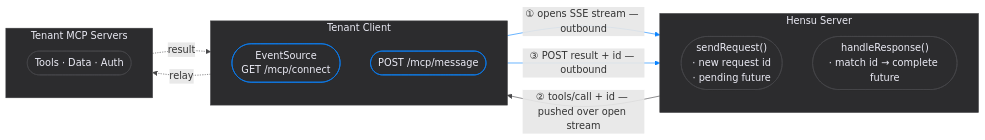
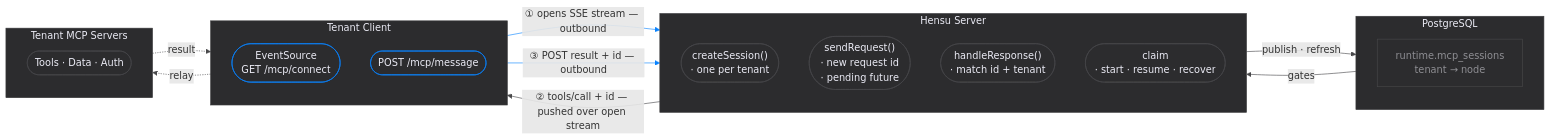
Before and after one commit to hensu-project/hensu: the second of 9 diagrams in docs/unified-architecture.md, drawn with Mermaid. The commit also changed other lines of this file and 34 other files, not shown here.

````diff
--- a/docs/unified-architecture.md
+++ b/docs/unified-architecture.md
@@ -128,37 +129,50 @@
 ```mermaid
 flowchart LR
     subgraph client["Tenant Client"]
         direction TB
         es(["EventSource\nGET /mcp/connect"])
         post(["POST /mcp/message"])
     end
 
     subgraph server["Hensu Server"]
         direction TB
+        register(["createSession()\n· one per tenant"])
         send(["sendRequest()\n· new request id\n· pending future"])
-        handle(["handleResponse()\n· match id → complete future"])
+        handle(["handleResponse()\n· match id + tenant"])
+        claim(["claim\n· start · resume · recover"])
+    end
+
+    subgraph db["PostgreSQL"]
+        direction TB
+        sessions["runtime.mcp_sessions\ntenant → node"]
     end
 
     subgraph backends["Tenant MCP Servers"]
         direction TB
         tools(["Tools · Data · Auth"])
     end
 
-    es -->|"① opens SSE stream — outbound"| send
+    es -->|"① opens SSE stream — outbound"| register
     send -->|"② tools/call + id — pushed over open stream"| es
     post -->|"③ POST result + id — outbound"| handle
     es -.->|"relay"| tools
     tools -.->|"result"| post
+    register -->|"publish · refresh"| sessions
+    sessions -->|"gates"| claim
 
     style client fill:#2c2c2e, stroke:#3a3a3c, color:#ebebf5, stroke-width:1px
     style server fill:#2c2c2e, stroke:#3a3a3c, color:#ebebf5, stroke-width:1px
+    style db fill:#2c2c2e, stroke:#3a3a3c, color:#ebebf5, stroke-width:1px
     style backends fill:#2c2c2e, stroke:#3a3a3c, color:#ebebf5, stroke-width:1px
     style es fill:#2c2c2e, stroke:#0A84FF, color:#ebebf5, stroke-width:1px
     style post fill:#2c2c2e, stroke:#0A84FF, color:#ebebf5, stroke-width:1px
+    style register fill:#2c2c2e, stroke:#48484a, color:#ebebf5, stroke-width:1px
     style send fill:#2c2c2e, stroke:#48484a, color:#ebebf5, stroke-width:1px
     style handle fill:#2c2c2e, stroke:#48484a, color:#ebebf5, stroke-width:1px
+    style claim fill:#2c2c2e, stroke:#48484a, color:#ebebf5, stroke-width:1px
+    style sessions fill:#2c2c2e, stroke:#48484a, color:#8e8e93, stroke-width:1px
     style tools fill:#2c2c2e, stroke:#48484a, color:#ebebf5, stroke-width:1px
 
     linkStyle 0,2 stroke:#0A84FF, stroke-width:1px
-    linkStyle 1,3,4 stroke:#48484a, stroke-width:1px
+    linkStyle 1,3,4,5,6 stroke:#48484a, stroke-width:1px
 ```
````
